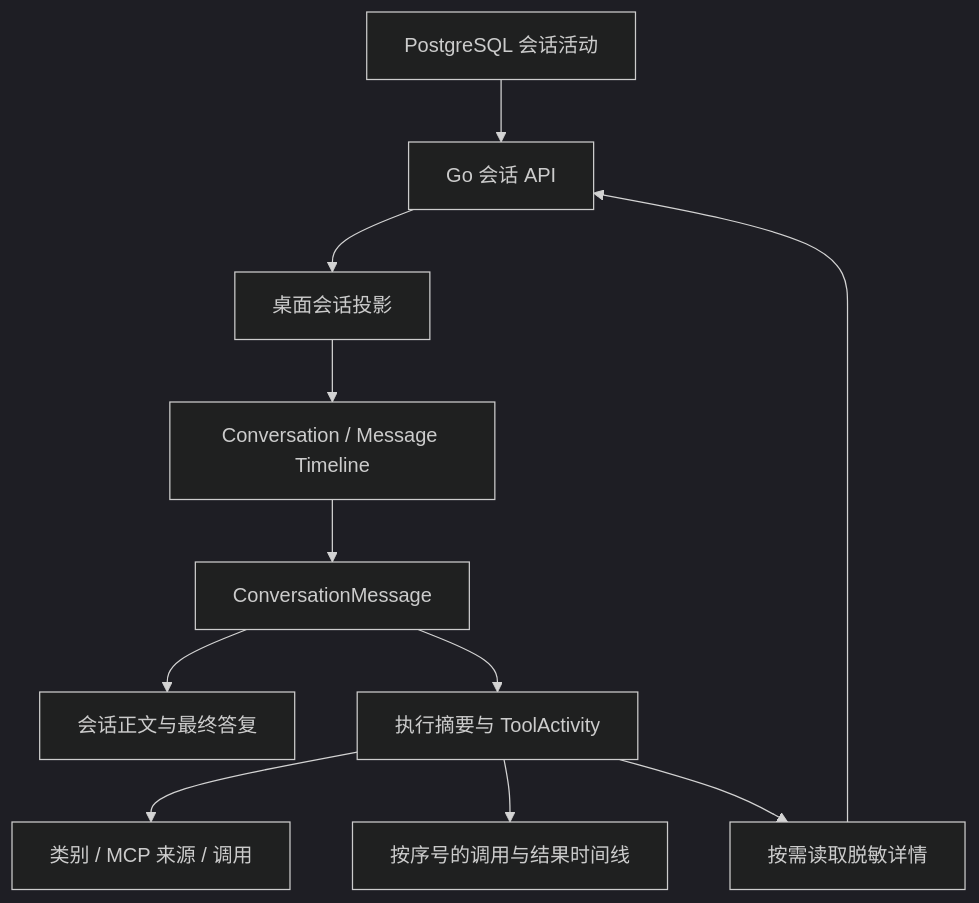
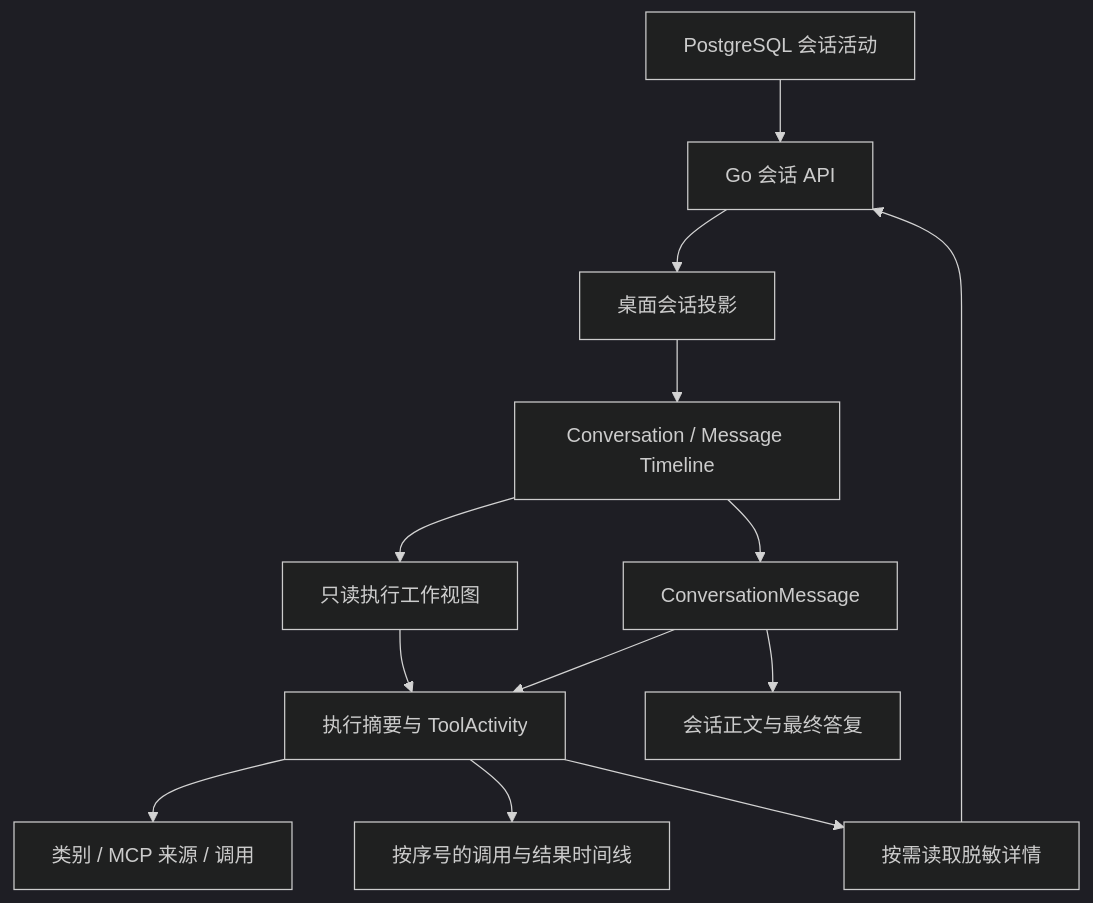
One commit to zhongxinxuhk/VEXNAR changed the diagram in apps/desktop/IMPLEMENTATION-STATUS.md. Above: the diagram before and after it, drawn with Mermaid (dark theme). The commit also changed other lines of this file and 6 other files, not shown here.

````diff
--- a/apps/desktop/IMPLEMENTATION-STATUS.md
+++ b/apps/desktop/IMPLEMENTATION-STATUS.md
@@ -32,13 +32,15 @@
 ```mermaid
 flowchart TD
     DB["PostgreSQL 会话活动"] --> API["Go 会话 API"]
     API --> Store["桌面会话投影"]
     Store --> Timeline["Conversation / Message Timeline"]
+    Timeline --> Work["只读执行工作视图"]
+    Work --> Trace
     Timeline --> Message["ConversationMessage"]
     Message --> Answer["会话正文与最终答复"]
     Message --> Trace["执行摘要与 ToolActivity"]
     Trace --> Groups["类别 / MCP 来源 / 调用"]
     Trace --> Events["按序号的调用与结果时间线"]
     Trace --> Details["按需读取脱敏详情"]
     Details --> API
 ```
````
